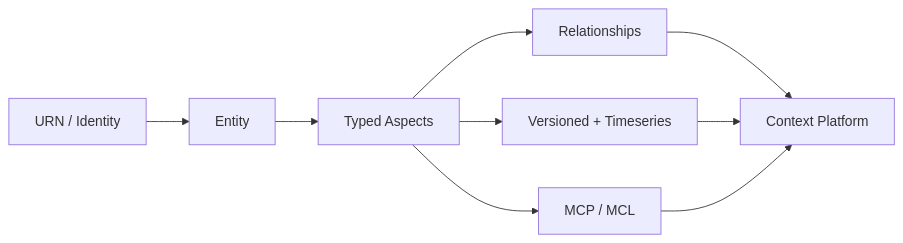
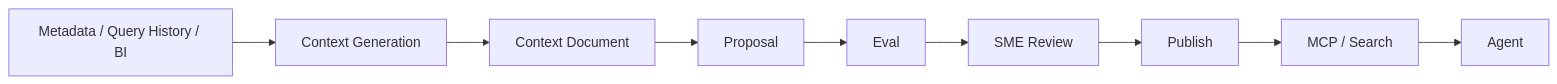
Before and after one commit to XiaoWeiKIN/datahub-research: the diagram in README.md, drawn with Mermaid. The commit also changed other lines of this file, not shown here.

Commit message:
docs: map governed context lifecycle

```diff
--- a/README.md
+++ b/README.md
@@ -33,18 +34,14 @@
 ~~~mermaid
 flowchart LR
-    URN[URN / Identity]
-    ENTITY[Entity]
-    ASPECT[Typed Aspects]
-    REL[Relationships]
-    TIME[Versioned + Timeseries]
-    EVENT[MCP / MCL]
-    CONTEXT[Context Platform]
+    SRC[Metadata / Query History / BI]
+    GEN[Context Generation]
+    DOC[Context Document]
+    PROP[Proposal]
+    EVAL[Eval]
+    SME[SME Review]
+    PUB[Publish]
+    MCP[MCP / Search]
+    AG[Agent]
 
-    URN --> ENTITY --> ASPECT
-    ASPECT --> REL
-    ASPECT --> TIME
-    ASPECT --> EVENT
-    REL --> CONTEXT
-    TIME --> CONTEXT
-    EVENT --> CONTEXT
+    SRC --> GEN --> DOC --> PROP --> EVAL --> SME --> PUB --> MCP --> AG
 ~~~
```
